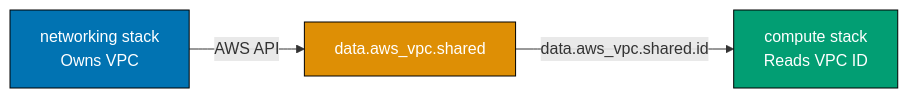
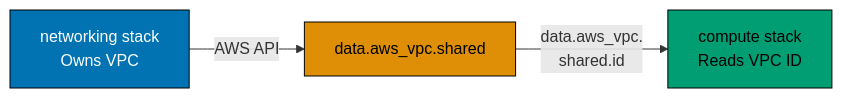
One commit to wahidyankf/ose-public changed the fourth of 9 diagrams in apps/ayokoding-www/content/en/learn/legacy/software-engineering/infrastructure/infrastructure-as-code/by-example/intermediate.md. Above: the diagram before and after it, drawn with Mermaid. The commit also changed other lines of this file and 131 other files, not shown here.

First line of the commit message:
fix(mermaid): bring the legacy data, infrastructure, and testing diagrams onto the accessible palette

````diff
--- a/apps/ayokoding-www/content/en/learn/legacy/software-engineering/infrastructure/infrastructure-as-code/by-example/intermediate.md
+++ b/apps/ayokoding-www/content/en/learn/legacy/software-engineering/infrastructure/infrastructure-as-code/by-example/intermediate.md
@@ -374,10 +388,16 @@
 ```mermaid
 %% Color Palette: Blue #0173B2, Orange #DE8F05, Teal #029E73, Purple #CC78BC, Brown #CA9161
 graph LR
+  accTitle: Example 35: Data Sources for Cross-Stack References
+  accDescr: Graph with 3 nodes and 2 connections. Nodes: networking stack Owns VPC, data.aws_vpc.shared, compute stack Reads VPC ID. Connections: networking stack Owns VPC to data.aws_vpc.shared (AWS API), data.aws_vpc.shared to compute stack Reads VPC ID (data.aws_vpc. shared.id).
   A["networking stack<br/>Owns VPC"] -->|"AWS API"| B["data.aws_vpc.shared"]
-  B -->|"data.aws_vpc.shared.id"| C["compute stack<br/>Reads VPC ID"]
+  B -->|"data.aws_vpc.<br/>shared.id"| C["compute stack<br/>Reads VPC ID"]
 
-  style A fill:#0173B2,stroke:#000,color:#fff
-  style B fill:#DE8F05,stroke:#000,color:#fff
-  style C fill:#029E73,stroke:#000,color:#fff
+  classDef pal-0173B2 fill:#0173B2,stroke:#000000,color:#FFFFFF
+  class A pal-0173B2
+  classDef pal-DE8F05 fill:#DE8F05,stroke:#000000,color:#000000
+  class B pal-DE8F05
+  classDef pal-029E73 fill:#029E73,stroke:#000000,color:#000000
+  class C pal-029E73
+  classDef default fill:#FFFFFF,stroke:#000000,color:#000000
 ```
````
